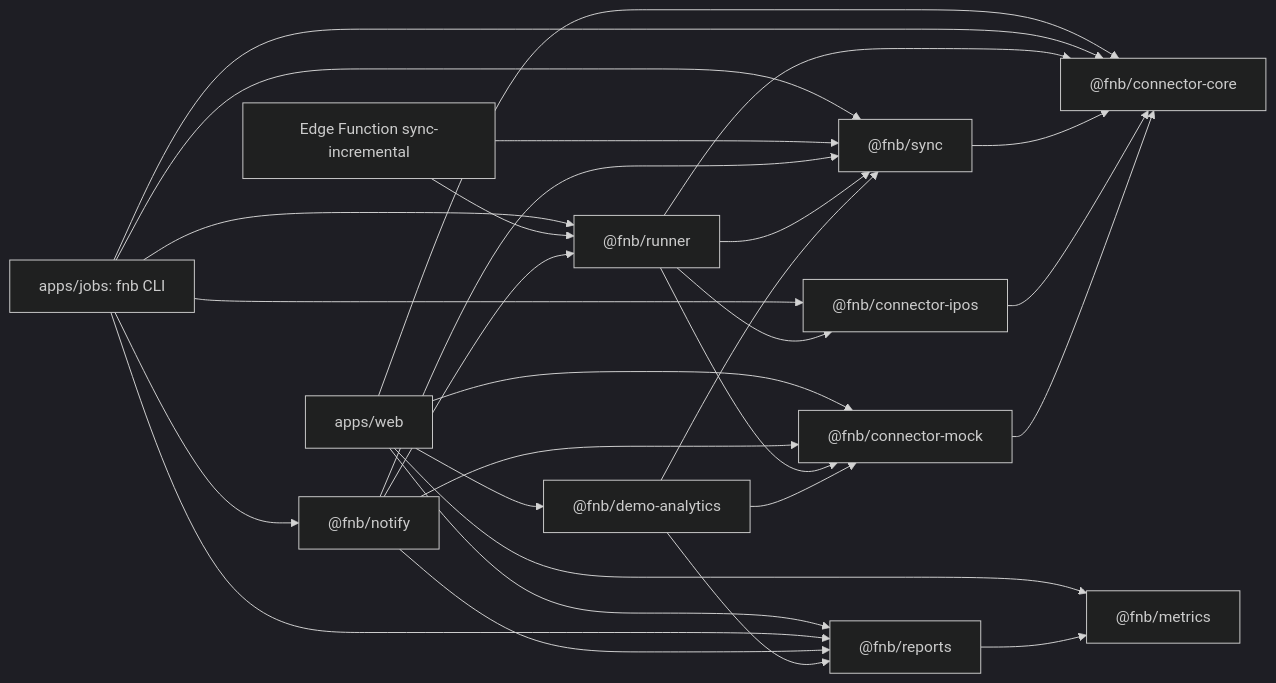
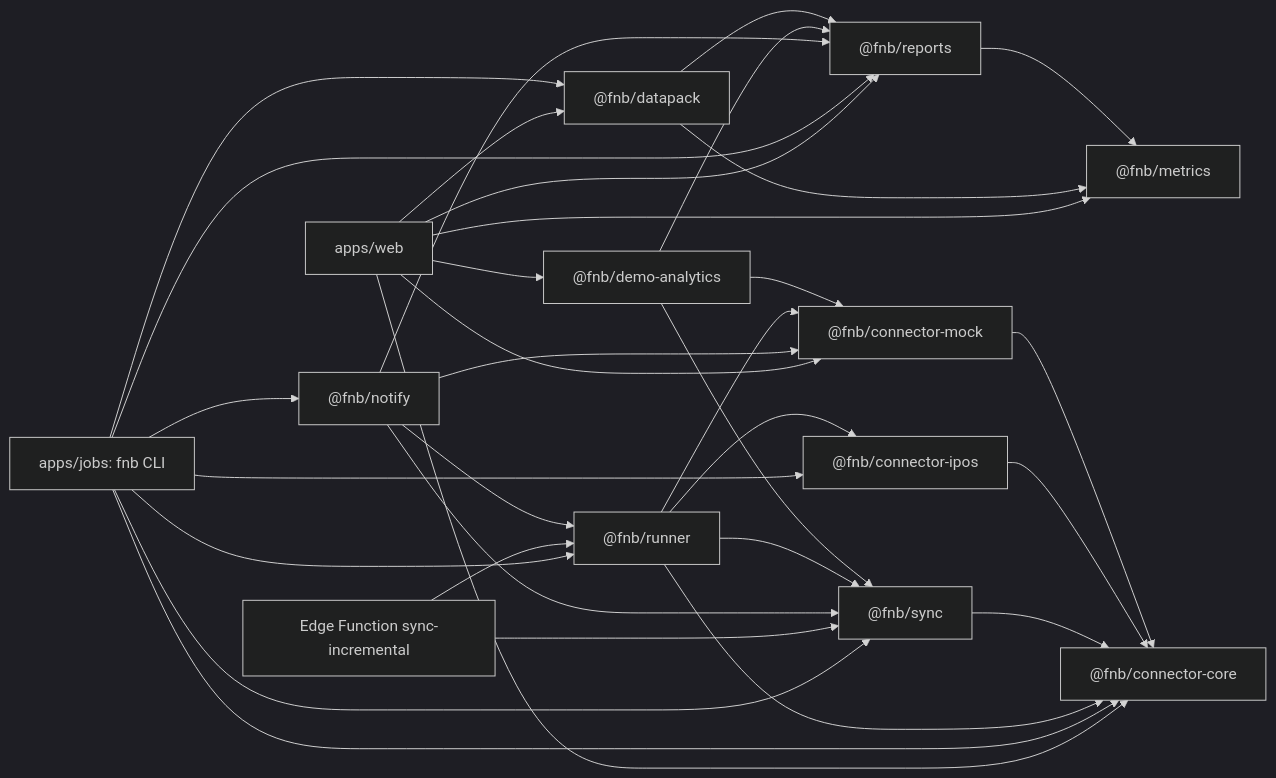
One commit to qa-io-vn/fnb-manager changed the diagram in docs/development.md. Above: the diagram before and after it, drawn with Mermaid (dark theme). The commit also changed other lines of this file and 9 other files, not shown here.

````diff
--- a/docs/development.md
+++ b/docs/development.md
@@ -113,43 +114,48 @@
 ```mermaid
 flowchart LR
   web["apps/web"]
   jobs["apps/jobs: fnb CLI"]
   edge["Edge Function sync-incremental"]
   notify["@fnb/notify"]
   runner["@fnb/runner"]
   demo["@fnb/demo-analytics"]
+  datapack["@fnb/datapack"]
   reports["@fnb/reports"]
   metrics["@fnb/metrics"]
   sync["@fnb/sync"]
   ipos["@fnb/connector-ipos"]
   mock["@fnb/connector-mock"]
   ccore["@fnb/connector-core"]
   web --> demo
+  web --> datapack
   web --> reports
   web --> metrics
   web --> mock
   web --> ccore
+  jobs --> datapack
   jobs --> notify
   jobs --> runner
   jobs --> reports
   jobs --> sync
   jobs --> ipos
   jobs --> ccore
   edge --> runner
   edge --> sync
   notify --> runner
   notify --> reports
   notify --> sync
   notify --> mock
   runner --> sync
   runner --> ipos
   runner --> mock
   runner --> ccore
   demo --> reports
   demo --> sync
   demo --> mock
+  datapack --> reports
+  datapack --> metrics
   reports --> metrics
   sync --> ccore
   ipos --> ccore
   mock --> ccore
 ```
````
